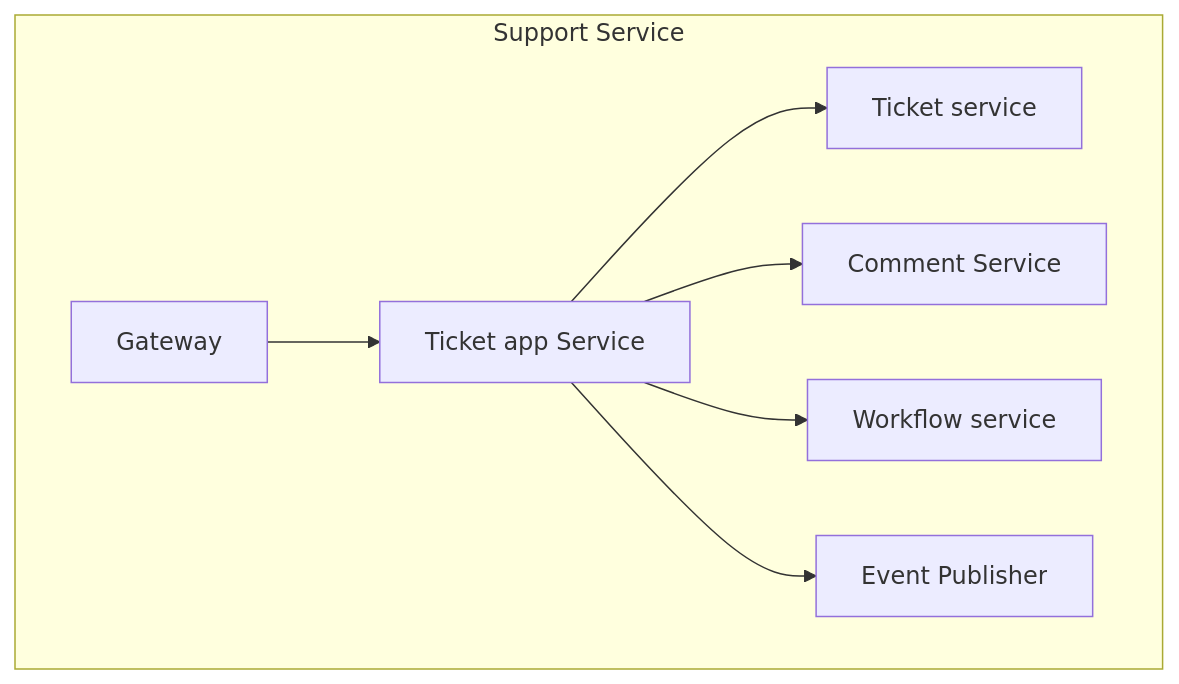
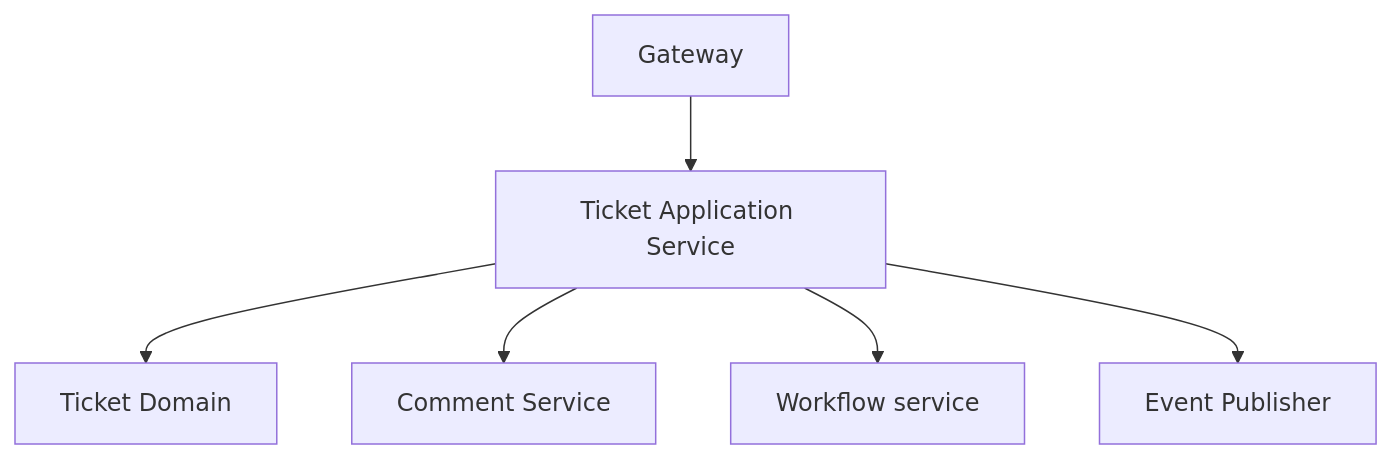
The third of 4 diagrams in lab-1.md (Desnn1ch/OOPlabs), drawn with Mermaid before and after one commit. The commit also changed other lines of this file, not shown here.

````diff
--- a/lab-1.md
+++ b/lab-1.md
@@ -213,17 +195,15 @@
 ```mermaid
 flowchart TB
-    subgraph Support Service
-        gateway[Gateway]
-        mainservice[Ticket app Service]
-        ticketservice[Ticket service]
-        workflow[Workflow service]
-        comment[Comment Service]
-        databus[Event Publisher]
-    end
+    gateway[Gateway]
+    mainservice[Ticket Application Service]
+    ticketservice[Ticket Domain]
+    workflow[Workflow service]
+    comment[Comment Service]
+    databus[Event Publisher]
 
     gateway --> mainservice
     mainservice --> ticketservice
     mainservice --> comment
     mainservice --> workflow
     mainservice --> databus
 ```
````
